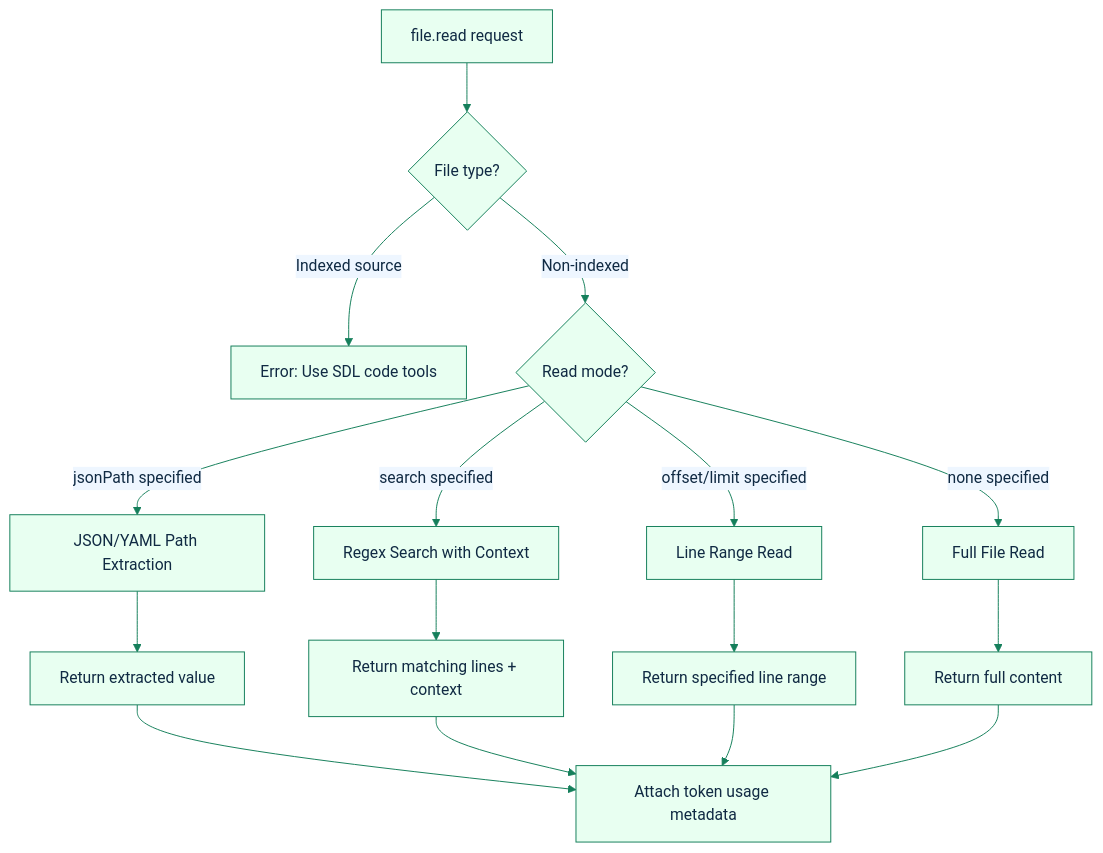
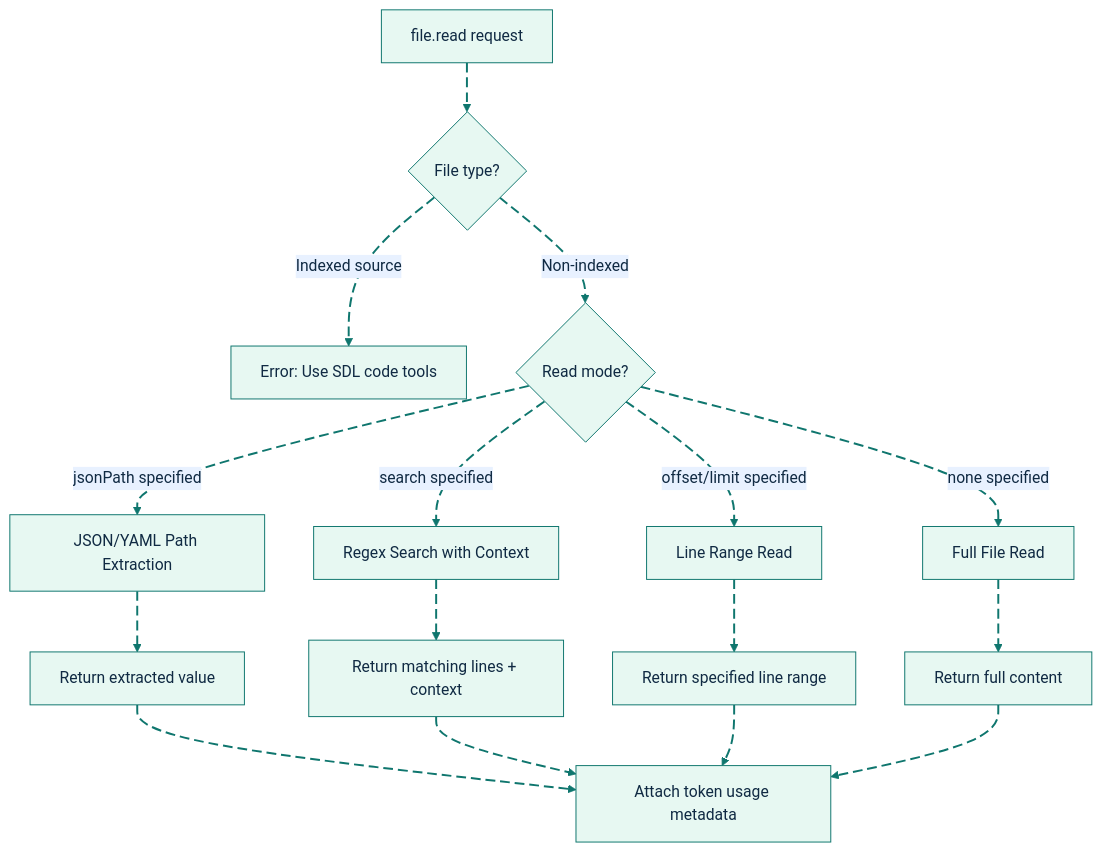
The first of 5 diagrams in docs/file-read-tool.md (GlitterKill/sdl-mcp), drawn with Mermaid before and after one commit. The commit also changed other lines of this file and 33 other files, not shown here.

First line of the commit message:
docs: update mermaid diagram themes and styling across documentation

````diff
--- a/docs/file-read-tool.md
+++ b/docs/file-read-tool.md
@@ -23,22 +23,31 @@
 ```mermaid
-%%{init: {"theme":"base","themeVariables":{"primaryColor":"#e8fff1","primaryBorderColor":"#157f5b","primaryTextColor":"#102a43","secondaryColor":"#eef6ff","secondaryBorderColor":"#2563eb","tertiaryColor":"#fff4d6","tertiaryBorderColor":"#b45309","lineColor":"#157f5b","fontFamily":"Trebuchet MS, Arial"},"flowchart":{"curve":"basis"}}}%%
+%%{init: {"theme":"base","themeVariables":{"background":"#ffffff","primaryColor":"#E7F8F2","primaryBorderColor":"#0F766E","primaryTextColor":"#102A43","secondaryColor":"#E8F1FF","secondaryBorderColor":"#2563EB","secondaryTextColor":"#102A43","tertiaryColor":"#FFF4D6","tertiaryBorderColor":"#B45309","tertiaryTextColor":"#102A43","lineColor":"#0F766E","textColor":"#102A43","fontFamily":"Inter, ui-sans-serif, system-ui, -apple-system, BlinkMacSystemFont, Segoe UI, sans-serif"},"flowchart":{"curve":"basis","htmlLabels":true}}}%%
 flowchart TD
-    A[file.read request] --> B{File type?}
-    B -->|Indexed source| C[Error: Use SDL code tools]
-    B -->|Non-indexed| D{Read mode?}
+    A[file.read request] e1@--> B{File type?}
+    B e2@-->|Indexed source| C[Error: Use SDL code tools]
+    B e3@-->|Non-indexed| D{Read mode?}
 
-    D -->|jsonPath specified| E[JSON/YAML Path Extraction]
-    D -->|search specified| F[Regex Search with Context]
-    D -->|offset/limit specified| G[Line Range Read]
-    D -->|none specified| H[Full File Read]
+    D e4@-->|jsonPath specified| E[JSON/YAML Path Extraction]
+    D e5@-->|search specified| F[Regex Search with Context]
+    D e6@-->|offset/limit specified| G[Line Range Read]
+    D e7@-->|none specified| H[Full File Read]
 
-    E --> I[Return extracted value]
-    F --> J[Return matching lines + context]
-    G --> K[Return specified line range]
-    H --> L[Return full content]
+    E e8@--> I[Return extracted value]
+    F e9@--> J[Return matching lines + context]
+    G e10@--> K[Return specified line range]
+    H e11@--> L[Return full content]
 
-    I --> M[Attach token usage metadata]
-    J --> M
-    K --> M
-    L --> M
+    I e12@--> M[Attach token usage metadata]
+    J e13@--> M
+    K e14@--> M
+    L e15@--> M
+
+    classDef source fill:#E7F8F2,stroke:#0F766E,stroke-width:2px,color:#102A43;
+    classDef process fill:#E8F1FF,stroke:#2563EB,stroke-width:2px,color:#102A43;
+    classDef decision fill:#FFF4D6,stroke:#B45309,stroke-width:2px,color:#102A43;
+    classDef storage fill:#F2E8FF,stroke:#7C3AED,stroke-width:2px,color:#102A43;
+    classDef output fill:#FFE8EF,stroke:#BE123C,stroke-width:2px,color:#102A43;
+    classDef muted fill:#F8FAFC,stroke:#64748B,stroke-width:1px,color:#102A43;
+    classDef animate stroke:#0F766E,stroke-width:2px,stroke-dasharray:10\,5,stroke-dashoffset:900,animation:dash 22s linear infinite;
+    class e1,e2,e3,e4,e5,e6,e7,e8,e9,e10,e11,e12,e13,e14,e15 animate;
 ```
````
